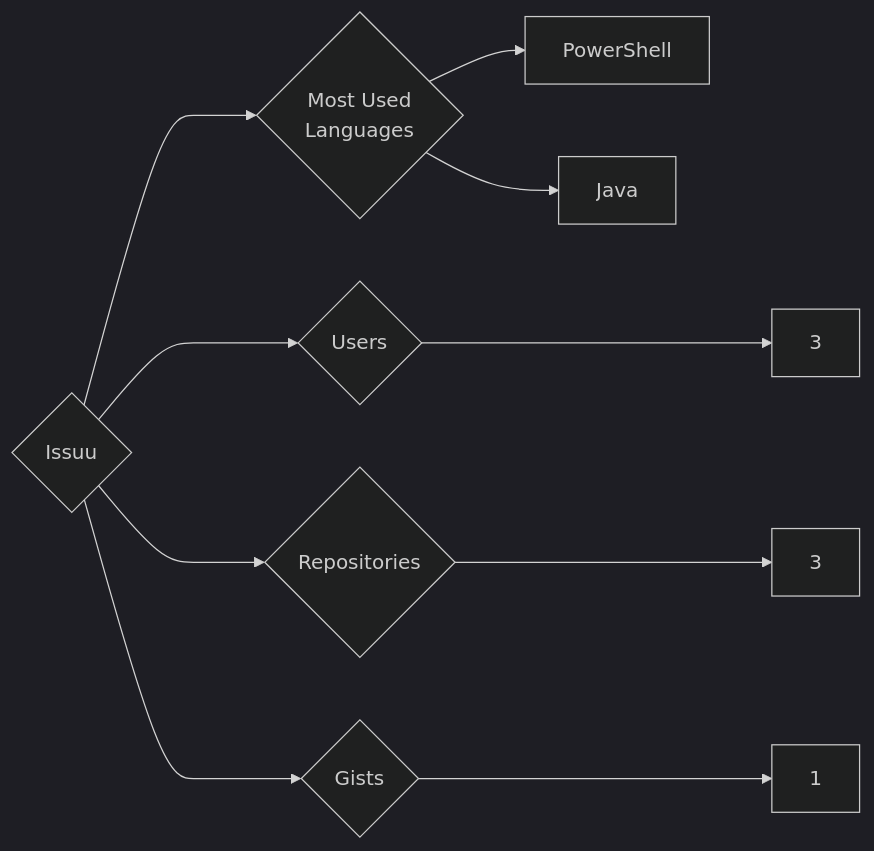
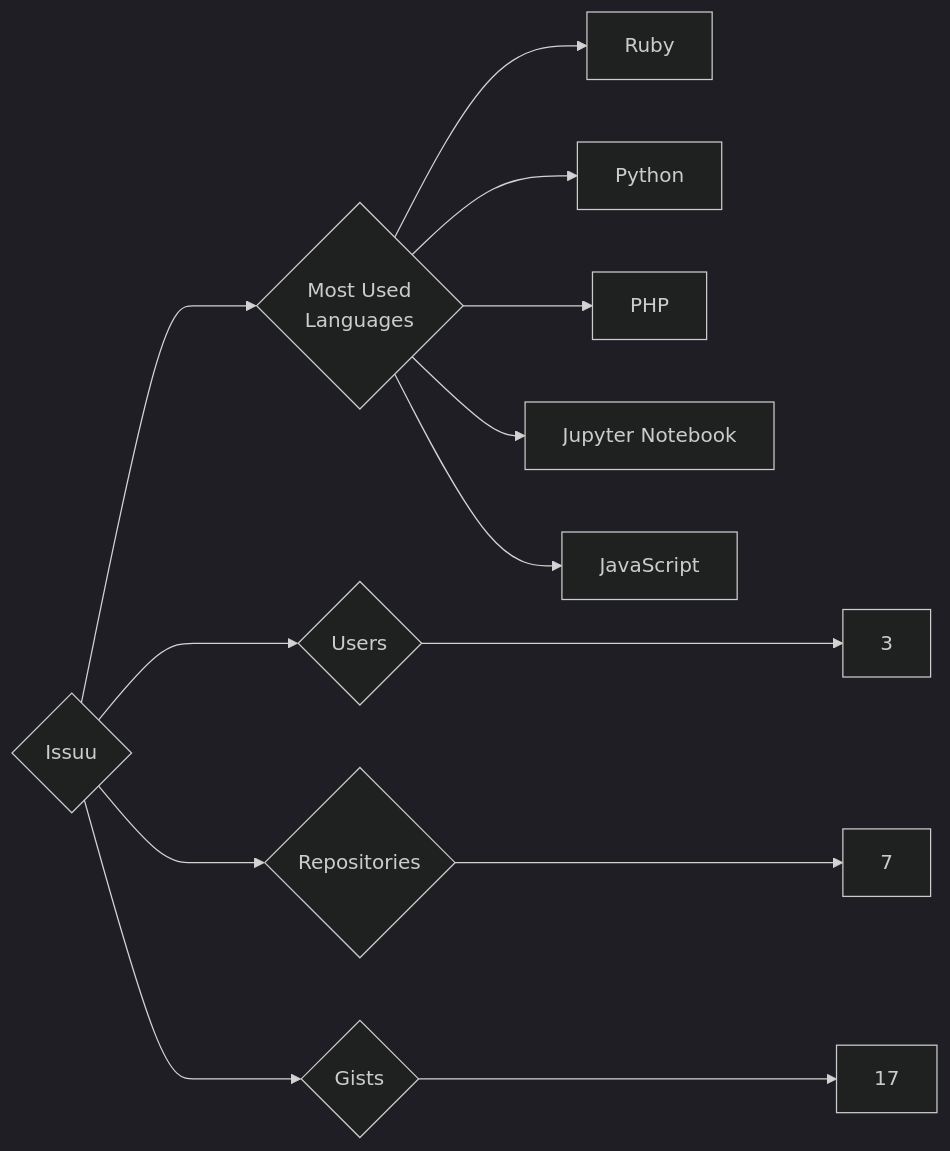
The diagram in targets/Issuu/README.md (trickest/insiders), drawn with Mermaid (dark theme) before and after one commit. The commit also changed 859 other files, not shown here.

````diff
--- a/targets/Issuu/README.md
+++ b/targets/Issuu/README.md
@@ -3,10 +3,13 @@
 ```mermaid
 graph LR
 COMPANY_NAME{Issuu}
 COMPANY_NAME ---> U{Users} ---> UN[3]
-COMPANY_NAME ---> R{Repositories} ---> RN[3]
-COMPANY_NAME ---> G{Gists} ---> GN[1]
+COMPANY_NAME ---> R{Repositories} ---> RN[7]
+COMPANY_NAME ---> G{Gists} ---> GN[17]
 COMPANY_NAME ---> ML{Most Used<br>Languages}
-ML --> PowerShell[PowerShell]
-ML --> Java[Java]
+ML --> Ruby[Ruby]
+ML --> Python[Python]
+ML --> PHP[PHP]
+ML --> Jupyter_Notebook[Jupyter Notebook]
+ML --> JavaScript[JavaScript]
 ```
````
